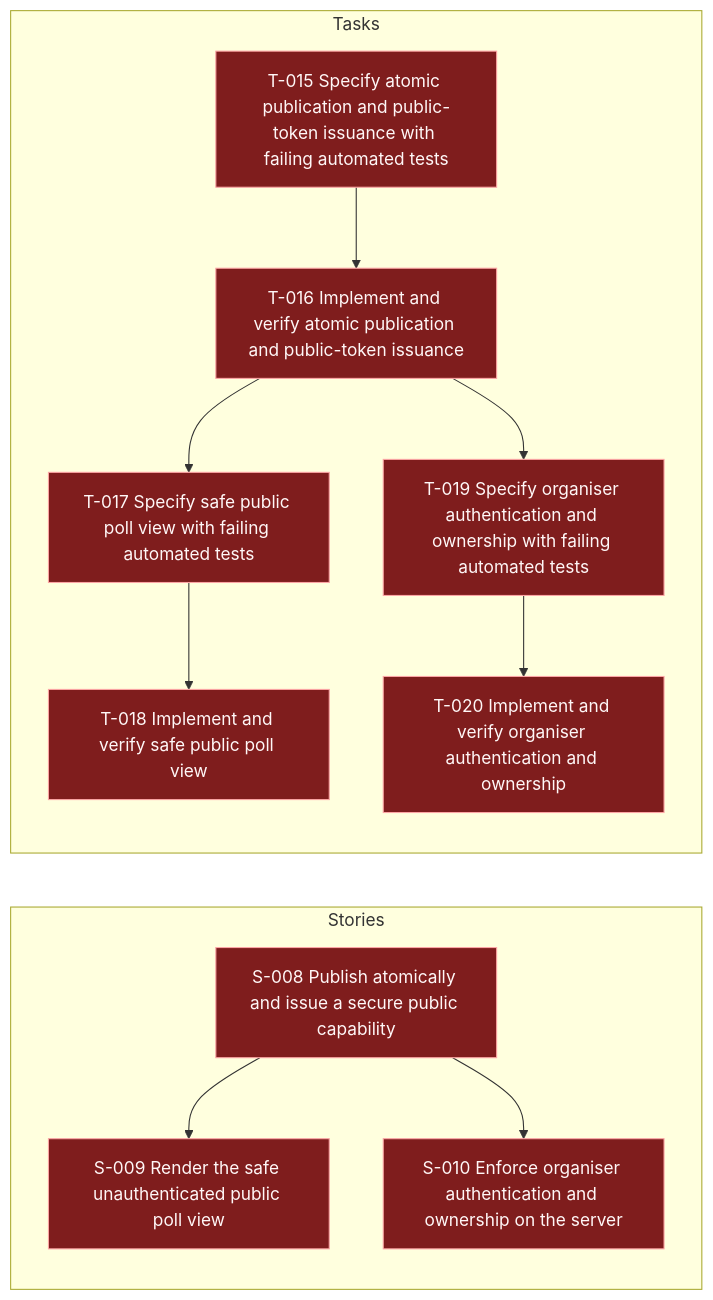
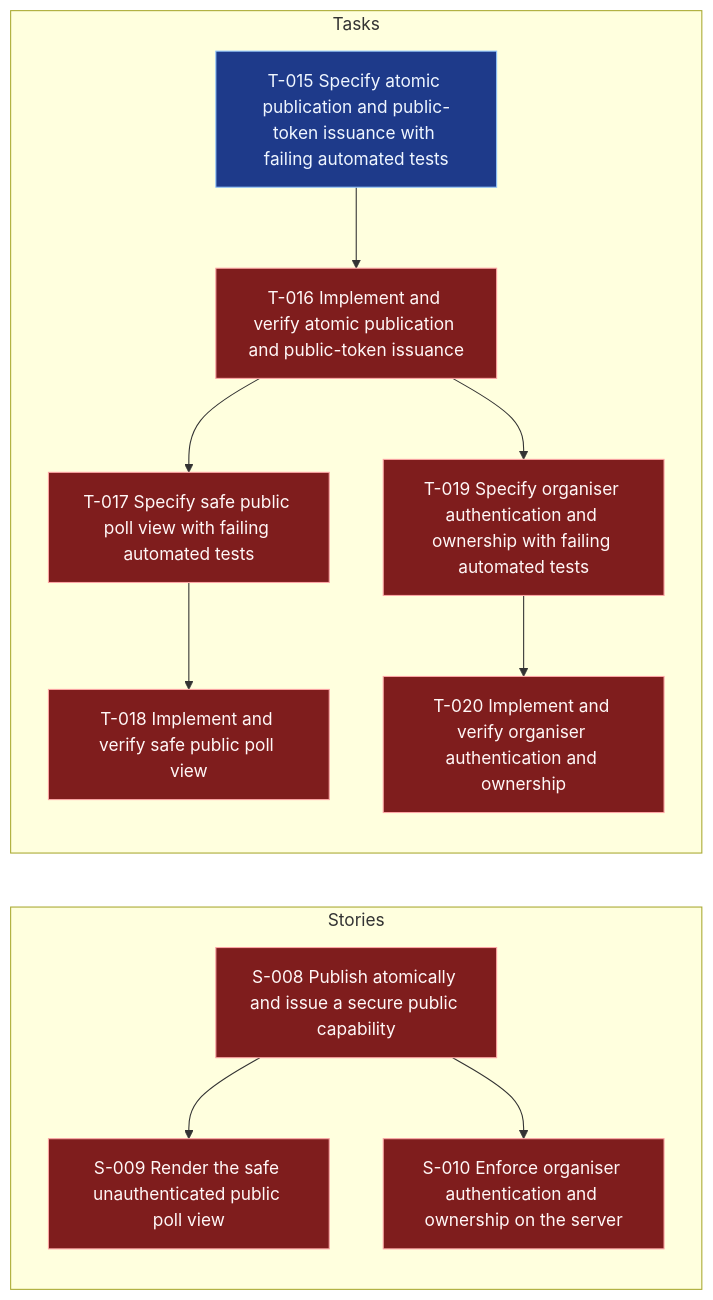
One commit to andybalham/invite-agent changed the diagram in .worktracker/graphs/E-003.mmd. Above: the diagram before and after it, drawn with Mermaid. The commit also changed 24 other files, not shown here.

```diff
--- a/.worktracker/graphs/E-003.mmd
+++ b/.worktracker/graphs/E-003.mmd
@@ -1,35 +1,35 @@
 graph LR
   classDef done fill:#14532d,stroke:#86efac,color:#f0fdf4;
   classDef blocked fill:#7f1d1d,stroke:#fca5a5,color:#fff7f7;
   classDef inprogress fill:#78350f,stroke:#fbbf24,color:#fffbeb;
   classDef todo fill:#1e3a8a,stroke:#93c5fd,color:#eff6ff;
   classDef empty fill:#374151,stroke:#d1d5db,color:#f9fafb,stroke-dasharray: 3 3;
   subgraph Stories
     S008["S-008 Publish atomically and issue a secure public capability"]:::blocked
     S009["S-009 Render the safe unauthenticated public poll view"]:::blocked
     S010["S-010 Enforce organiser authentication and ownership on the server"]:::blocked
     S008 --> S009
     S008 --> S010
   end
   subgraph Tasks
-    T015["T-015 Specify atomic publication and public-token issuance with failing automated tests"]:::blocked
+    T015["T-015 Specify atomic publication and public-token issuance with failing automated tests"]:::todo
     T016["T-016 Implement and verify atomic publication and public-token issuance"]:::blocked
     T017["T-017 Specify safe public poll view with failing automated tests"]:::blocked
     T018["T-018 Implement and verify safe public poll view"]:::blocked
     T019["T-019 Specify organiser authentication and ownership with failing automated tests"]:::blocked
     T020["T-020 Implement and verify organiser authentication and ownership"]:::blocked
     T015 --> T016
     T016 --> T017
     T016 --> T019
     T017 --> T018
     T019 --> T020
   end
   click S008 "../entities/S-008-publish-atomically-and-issue-a-secure-public-capability.md"
   click S009 "../entities/S-009-render-the-safe-unauthenticated-public-poll-view.md"
   click S010 "../entities/S-010-enforce-organiser-authentication-and-ownership-on-the-server.md"
   click T015 "../entities/T-015-specify-atomic-publication-and-public-token-issuance-with-failing-automated-tests.md"
   click T016 "../entities/T-016-implement-and-verify-atomic-publication-and-public-token-issuance.md"
   click T017 "../entities/T-017-specify-safe-public-poll-view-with-failing-automated-tests.md"
   click T018 "../entities/T-018-implement-and-verify-safe-public-poll-view.md"
   click T019 "../entities/T-019-specify-organiser-authentication-and-ownership-with-failing-automated-tests.md"
   click T020 "../entities/T-020-implement-and-verify-organiser-authentication-and-ownership.md"
```
